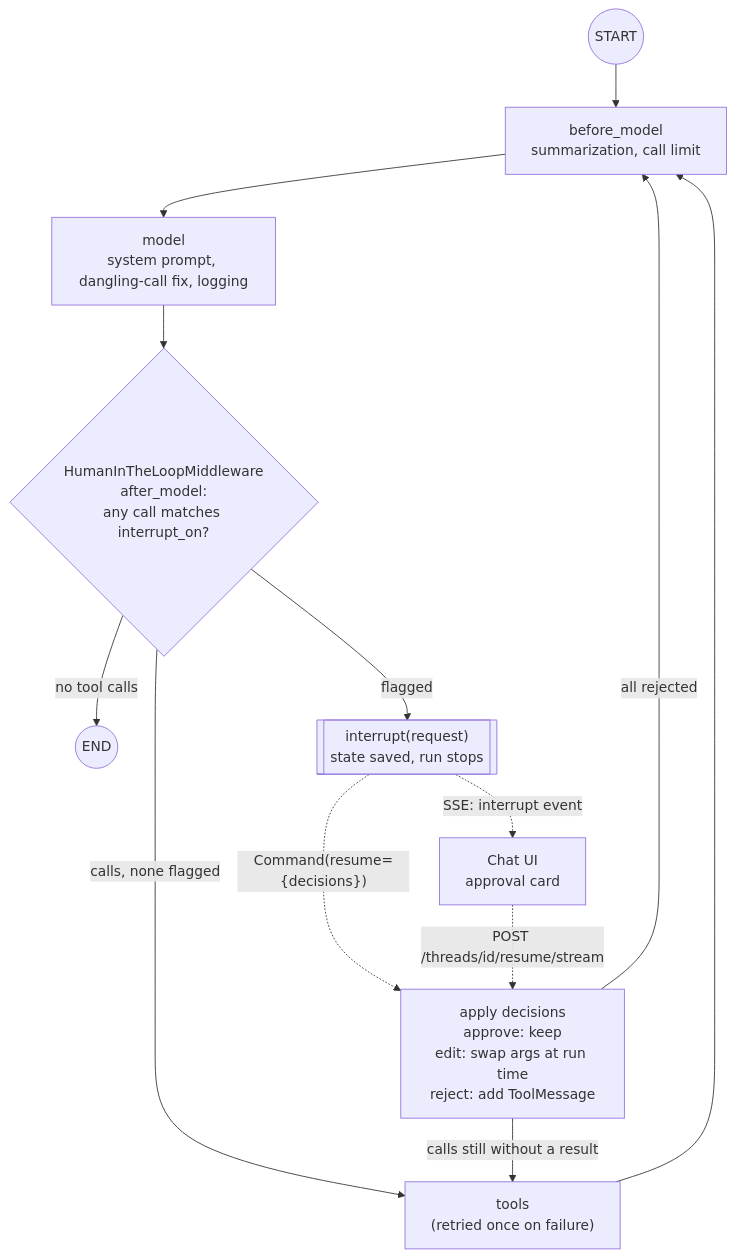
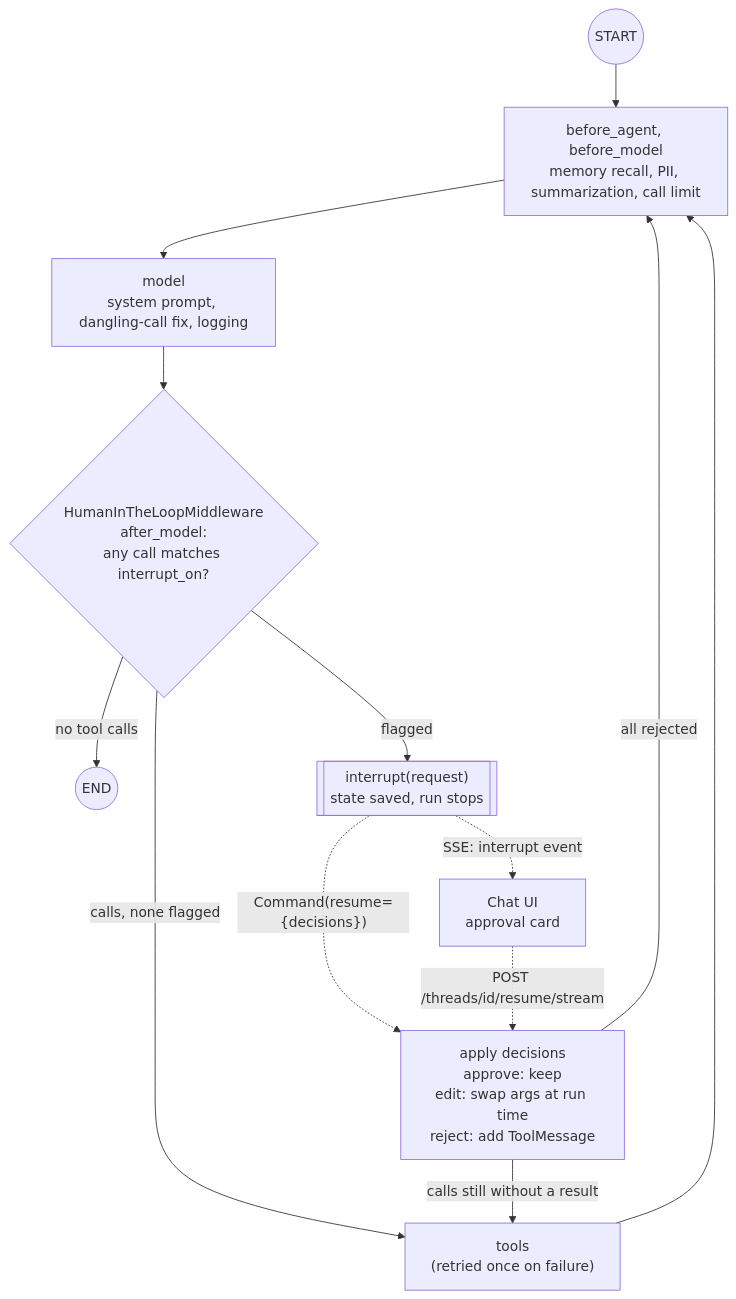
One commit to Anirudh1905/agentic-ai-chatbot changed the first of 4 diagrams in docs/phase-4-human-in-the-loop.md. Above: the diagram before and after it, drawn with Mermaid. The commit also changed other lines of this file and 41 other files, not shown here.

````diff
--- a/docs/phase-4-human-in-the-loop.md
+++ b/docs/phase-4-human-in-the-loop.md
@@ -61,16 +61,16 @@
 ```mermaid
 flowchart TB
-    START((START)) --> Before["before_model<br/>summarization, call limit"]
+    START((START)) --> Before["before_agent, before_model<br/>memory recall, PII, summarization, call limit"]
     Before --> Model["model<br/>system prompt, dangling-call fix, logging"]
     Model --> HITL{"HumanInTheLoopMiddleware<br/>after_model:<br/>any call matches interrupt_on?"}
     HITL -->|no tool calls| END((END))
     HITL -->|"calls, none flagged"| Tools["tools<br/>(retried once on failure)"]
     HITL -->|flagged| Int[["interrupt(request)<br/>state saved, run stops"]]
     Int -.->|"Command(resume={decisions})"| Apply["apply decisions<br/>approve: keep<br/>edit: swap args at run time<br/>reject: add ToolMessage"]
     Apply -->|calls still without a result| Tools
     Apply -->|all rejected| Before
     Tools --> Before
 
     Int -.SSE: interrupt event.-> UI[Chat UI<br/>approval card]
     UI -.POST /threads/id/resume/stream.-> Apply
 ```
````
